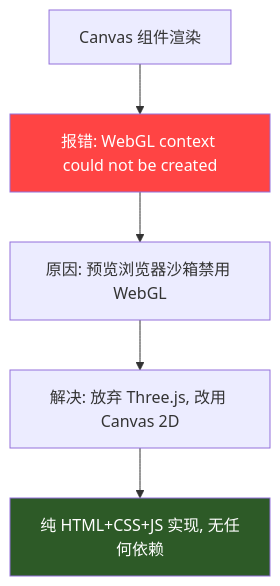
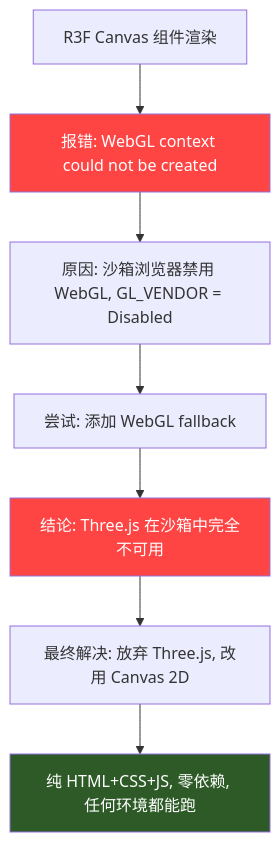
The sixth of 20 diagrams in PROJECT_GUIDE.md (Easter127/trae), drawn with Mermaid before and after one commit. The commit also changed other lines of this file, not shown here.

Commit message:
Update PROJECT_GUIDE: add all 12 pitfalls with real error messages and mermaid diagrams

````diff
--- a/PROJECT_GUIDE.md
+++ b/PROJECT_GUIDE.md
@@ -383,10 +393,13 @@
 ```mermaid
 graph TD
-    A[Canvas 组件渲染] --> B[报错: WebGL context could not be created]
-    B --> C[原因: 预览浏览器沙箱禁用 WebGL]
-    C --> D[解决: 放弃 Three.js, 改用 Canvas 2D]
-    D --> E[纯 HTML+CSS+JS 实现, 无任何依赖]
+    A[R3F Canvas 组件渲染] --> B["报错: WebGL context could not be created"]
+    B --> C["原因: 沙箱浏览器禁用 WebGL, GL_VENDOR = Disabled"]
+    C --> D[尝试: 添加 WebGL fallback]
+    D --> E[结论: Three.js 在沙箱中完全不可用]
+    E --> F["最终解决: 放弃 Three.js, 改用 Canvas 2D"]
+    F --> G[纯 HTML+CSS+JS, 零依赖, 任何环境都能跑]
     
     style B fill:#ff4444,color:#fff
-    style E fill:#2d5a27,color:#fff
+    style E fill:#ff4444,color:#fff
+    style G fill:#2d5a27,color:#fff
 ```
````
